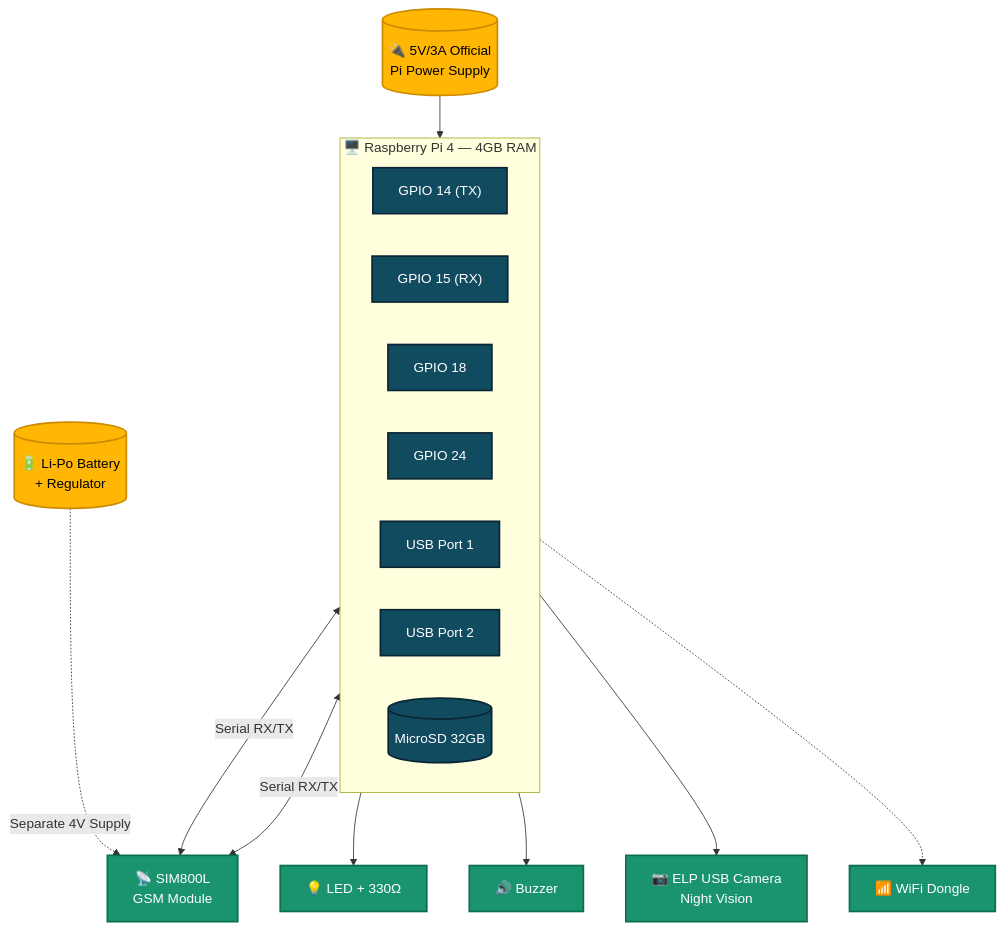
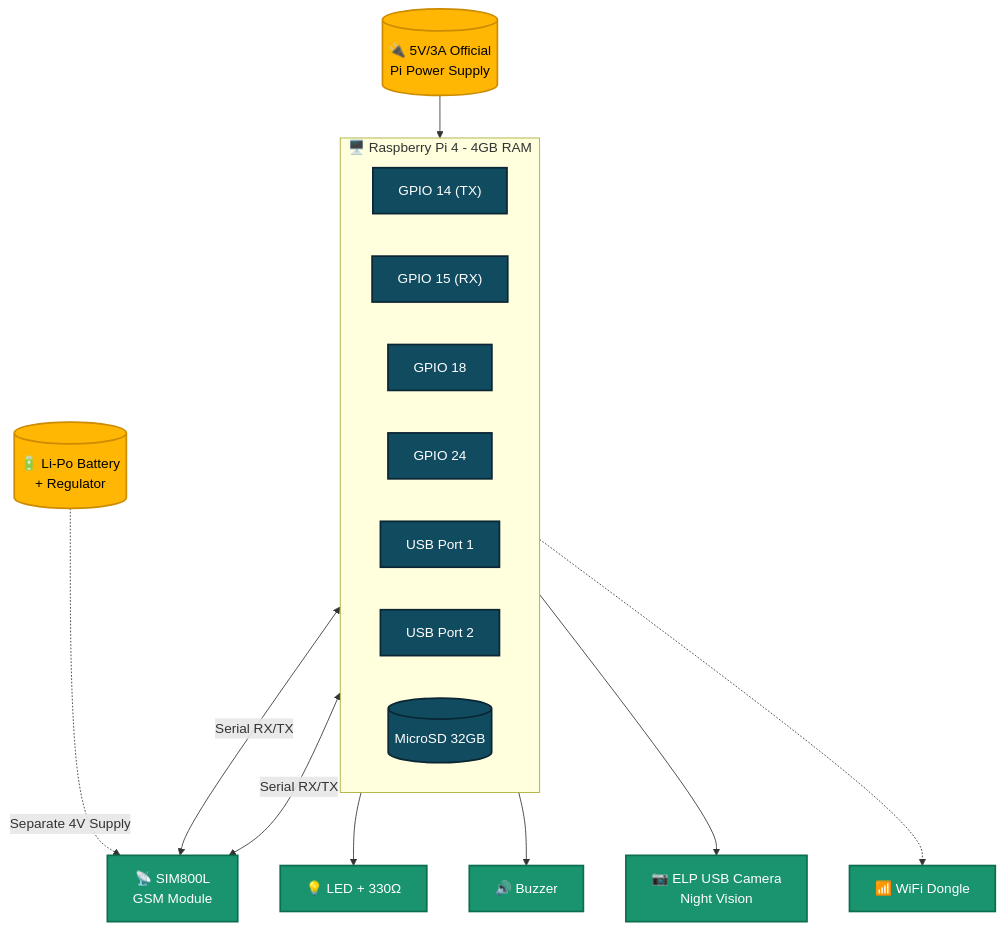
One commit to PabasaraIlankoon/elevision-app changed the third of 5 diagrams in README.md. Above: the diagram before and after it, drawn with Mermaid. The commit also changed other lines of this file, not shown here.

````diff
--- a/README.md
+++ b/README.md
@@ -207,38 +207,38 @@
 ```mermaid
 flowchart TB
-    subgraph PI4["🖥️ Raspberry Pi 4 — 4GB RAM"]
+    subgraph PI4["🖥️ Raspberry Pi 4 - 4GB RAM"]
         direction LR
         GPIO14["GPIO 14 (TX)"]
         GPIO15["GPIO 15 (RX)"]
         GPIO18["GPIO 18"]
         GPIO24["GPIO 24"]
         USB1["USB Port 1"]
         USB2["USB Port 2"]
         SD[("MicroSD 32GB")]
     end
 
     SIM["📡 SIM800L<br/>GSM Module"]
     LED["💡 LED + 330Ω"]
     BUZ["🔊 Buzzer"]
     CAM["📷 ELP USB Camera<br/>Night Vision"]
     WIFI["📶 WiFi Dongle"]
     BATTERY[("🔋 Li-Po Battery<br/>+ Regulator")]
     PSU[("🔌 5V/3A Official<br/>Pi Power Supply")]
 
     GPIO14 <-- "Serial RX/TX" --> SIM
     GPIO15 <-- "Serial RX/TX" --> SIM
     GPIO18 --> LED
     GPIO24 --> BUZ
     USB1 --> CAM
     USB2 -.-> WIFI
     BATTERY -. "Separate 4V Supply" .-> SIM
     PSU --> PI4
 
     classDef pi fill:#114b5f,stroke:#0a2533,color:#fff,stroke-width:2px
     classDef peripheral fill:#1a936f,stroke:#0b6e4f,color:#fff,stroke-width:2px
     classDef power fill:#ffb703,stroke:#cc8b00,color:#000,stroke-width:2px
 
     class GPIO14,GPIO15,GPIO18,GPIO24,USB1,USB2,SD pi
     class SIM,LED,BUZ,CAM,WIFI peripheral
     class BATTERY,PSU power
 ```
````
